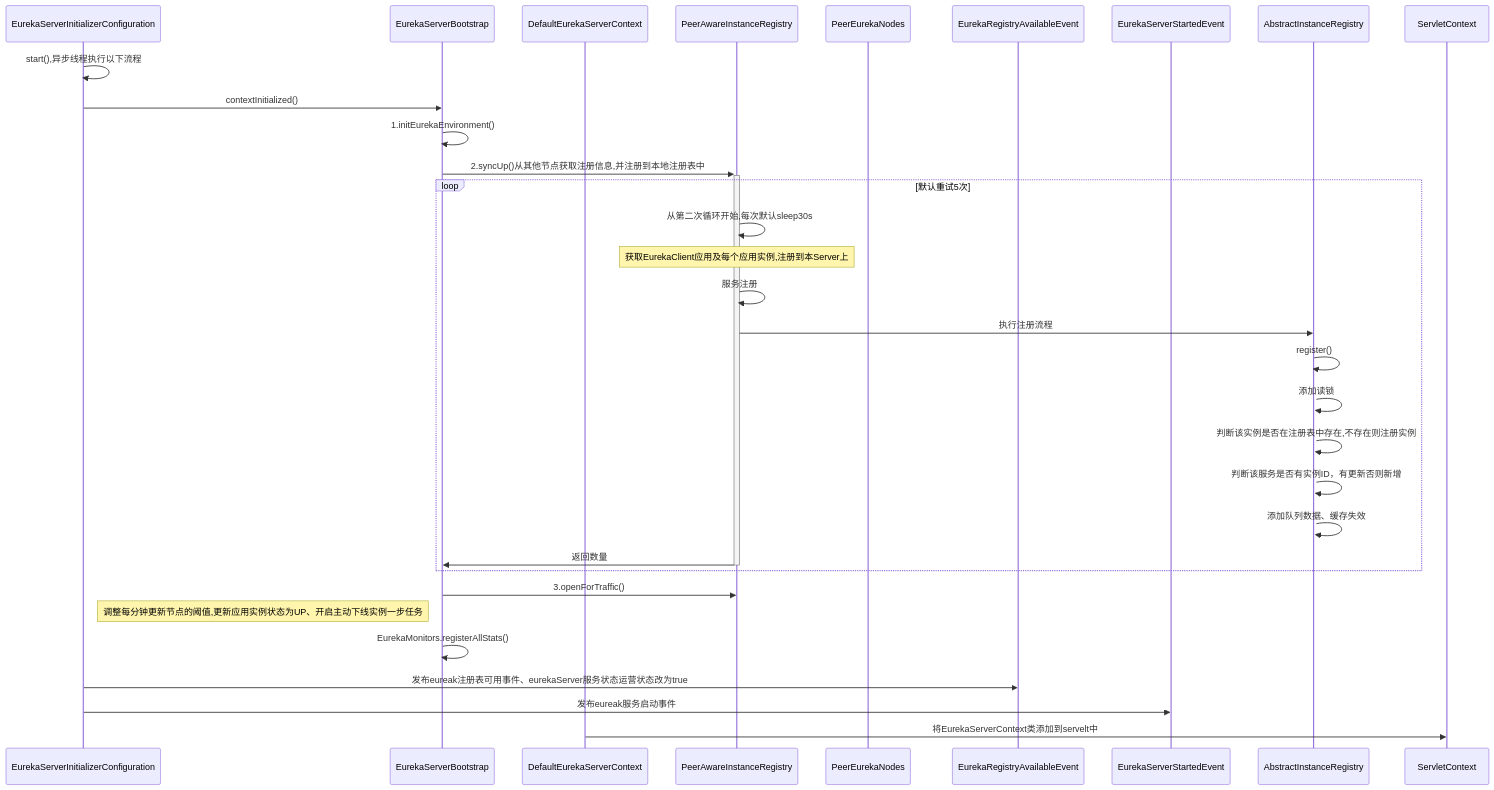
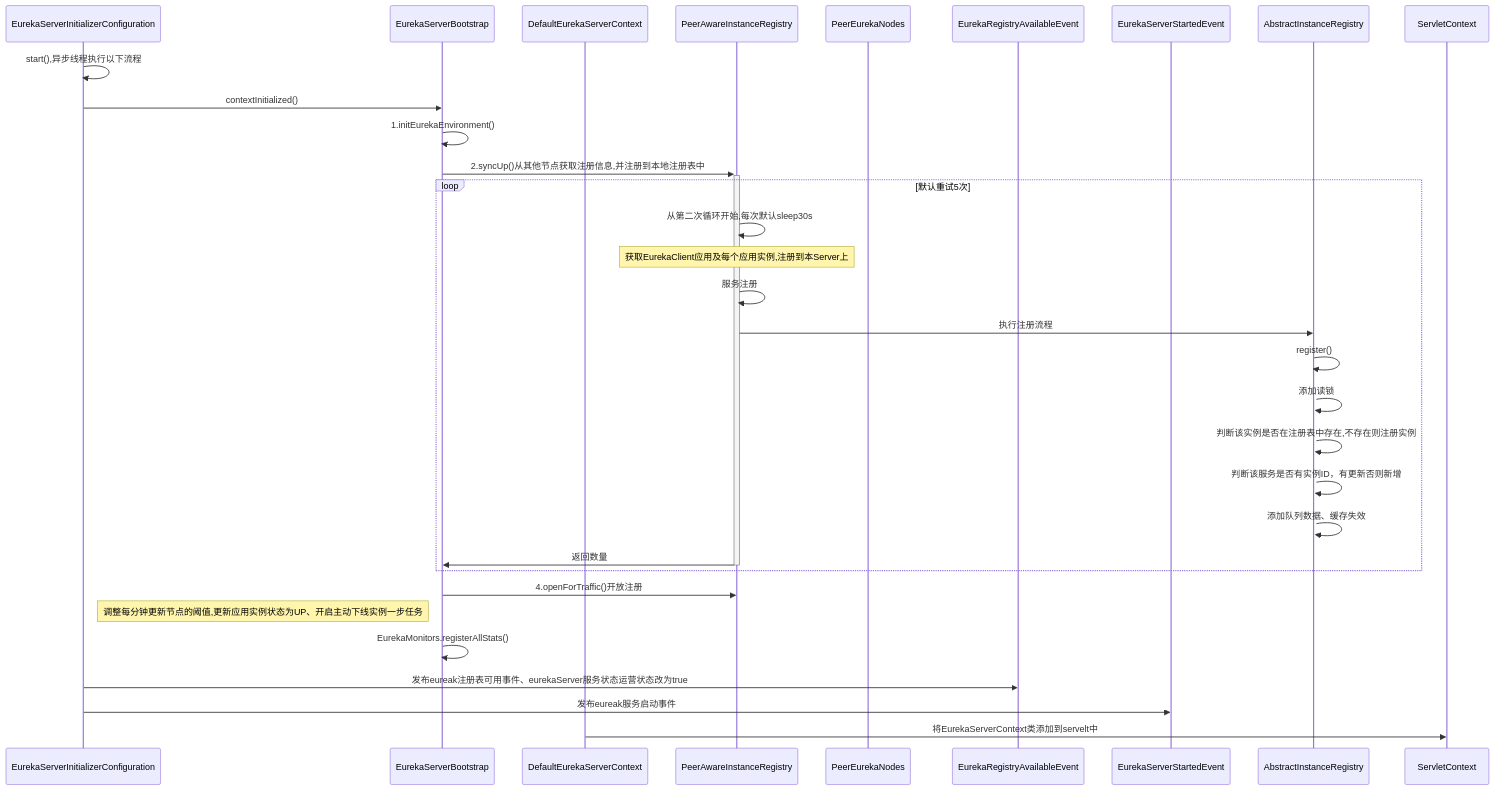
One commit to im-fan/im-fan.github.io changed the second of 2 diagrams in source/_posts/backend/service/eureka.md. Above: the diagram before and after it, drawn with Mermaid. The commit also changed other lines of this file, not shown here.

````diff
--- a/source/_posts/backend/service/eureka.md
+++ b/source/_posts/backend/service/eureka.md
@@ -196,42 +196,42 @@
 ```mermaid
 sequenceDiagram
     participant conf as EurekaServerInitializerConfiguration
     participant bootStrap as EurekaServerBootstrap
     participant serverContent as DefaultEurekaServerContext
     participant registry as InstanceRegistryProperties
     participant node as PeerEurekaNodes
     participant registry as PeerAwareInstanceRegistry
     participant availableEvent as EurekaRegistryAvailableEvent
     participant startEvent as EurekaServerStartedEvent
     participant instance as AbstractInstanceRegistry
     participant servlet as ServletContext
  
     conf->>conf: start(),异步线程执行以下流程
     conf->>bootStrap: contextInitialized()
   
     bootStrap->>bootStrap: 1.initEurekaEnvironment()
  
     bootStrap->>+registry: 2.syncUp()从其他节点获取注册信息,并注册到本地注册表中
     loop 默认重试5次
       registry->>registry: 从第二次循环开始,每次默认sleep30s
       note over registry: 获取EurekaClient应用及每个应用实例,注册到本Server上
       registry->>registry: 服务注册
       registry->>instance: 执行注册流程
       instance->>+instance: register()
     
       #注册流程
       instance->>instance: 添加读锁
       instance->>instance: 判断该实例是否在注册表中存在,不存在则注册实例
       instance->>instance: 判断该服务是否有实例ID，有更新否则新增
       instance->>instance: 添加队列数据、缓存失效
       registry->>-bootStrap: 返回数量
     end
-    bootStrap->>registry: 3.openForTraffic()
+    bootStrap->>registry: 4.openForTraffic()开放注册
     note right of conf: 调整每分钟更新节点的阈值,更新应用实例状态为UP、开启主动下线实例一步任务
     bootStrap->>bootStrap: EurekaMonitors.registerAllStats()
   
     conf->>availableEvent: 发布eureak注册表可用事件、eurekaServer服务状态运营状态改为true
     conf->>startEvent: 发布eureak服务启动事件
     
     serverContent->>servlet: 将EurekaServerContext类添加到servelt中
 ```
````
